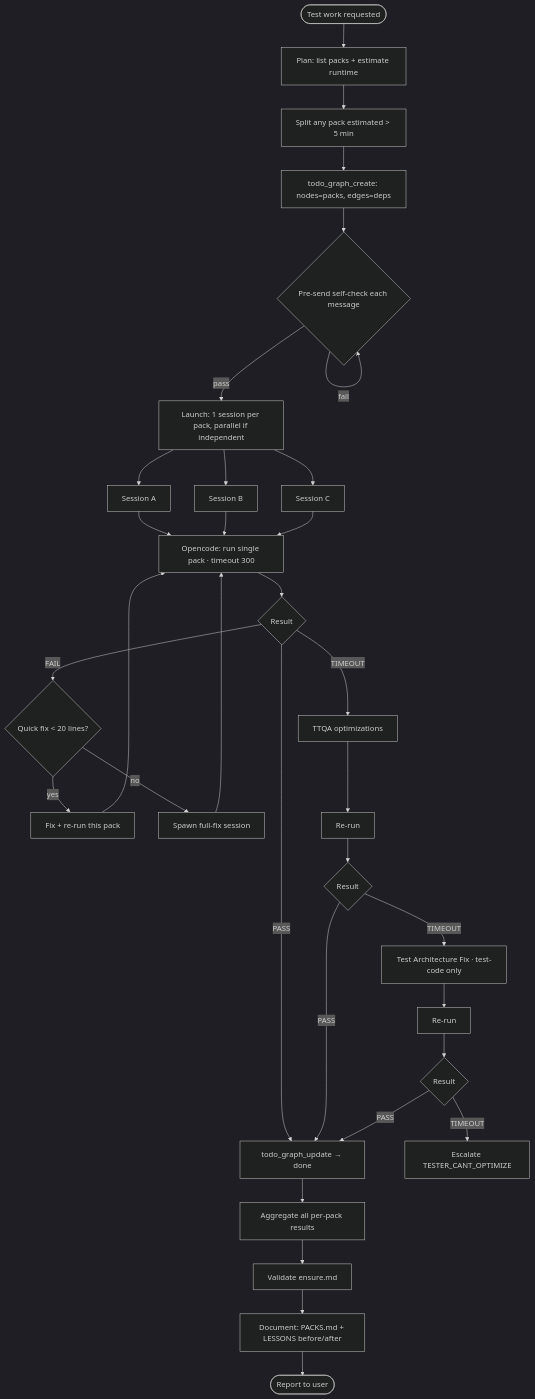
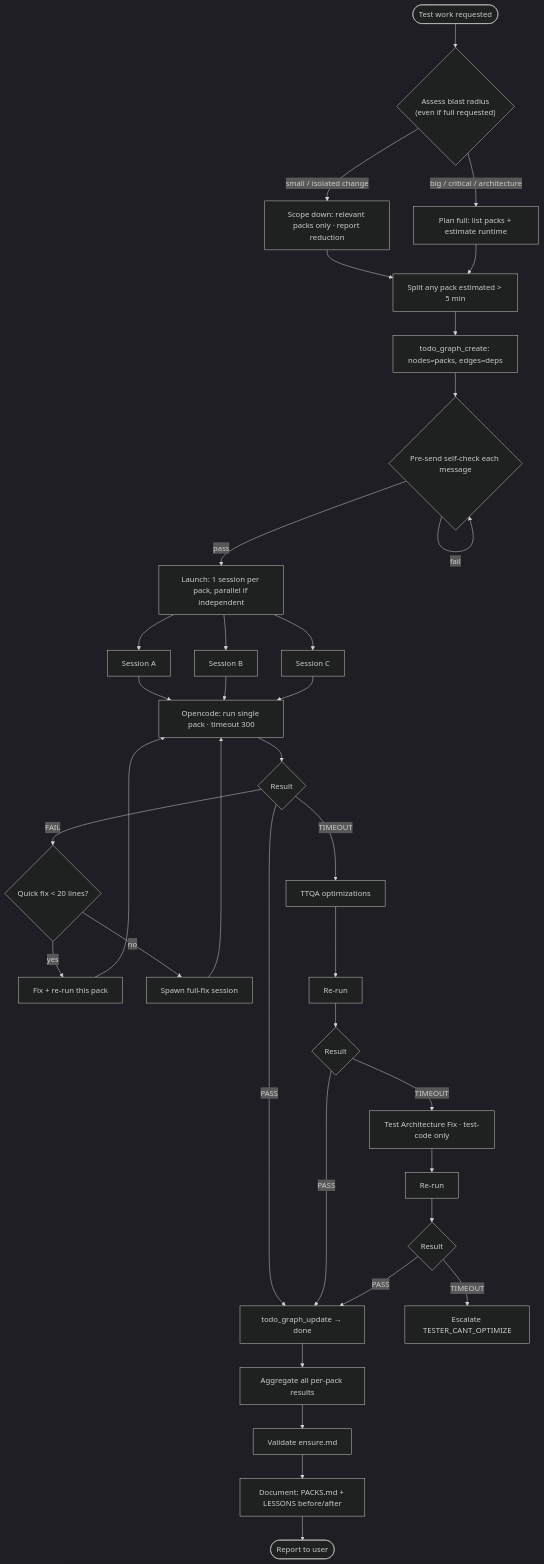
One commit to disillusioners/ensemble changed the diagram in agents/tester/workflow.md. Above: the diagram before and after it, drawn with Mermaid (dark theme). The commit also changed other lines of this file and 2 other files, not shown here.

First line of the commit message:
docs(tester): add blast-radius scope control and scope-decision report

````diff
--- a/agents/tester/workflow.md
+++ b/agents/tester/workflow.md
@@ -9,27 +9,31 @@
 ```mermaid
 flowchart TD
-    A([Test work requested]) --> B["Plan: list packs + estimate runtime"]
-    B --> C[Split any pack estimated &gt; 5 min]
+    A([Test work requested]) --> BR{"Assess blast radius<br/>(even if full requested)"}
+    BR -->|"small / isolated change"| SC["Scope down: relevant packs only · report reduction"]
+    BR -->|"big / critical / architecture"| B["Plan full: list packs + estimate runtime"]
+    SC --> C
+    B --> C
+    C[Split any pack estimated &gt; 5 min]
     C --> D["todo_graph_create: nodes=packs, edges=deps"]
     D --> E{Pre-send self-check each message}
     E -->|fail| E
     E -->|pass| F["Launch: 1 session per pack, parallel if independent"]
 
     F --> G1[Session A] & G2[Session B] & G3[Session C]
     G1 & G2 & G3 --> H["Opencode: run single pack · timeout 300"]
     H --> I{Result}
     I -->|PASS| J["todo_graph_update → done"]
     I -->|FAIL| K{Quick fix &lt; 20 lines?}
     K -->|yes| L[Fix + re-run this pack] --> H
     K -->|no| M[Spawn full-fix session] --> H
     I -->|TIMEOUT| N[TTQA optimizations] --> O[Re-run] --> I2{Result}
     I2 -->|PASS| J
     I2 -->|TIMEOUT| P["Test Architecture Fix · test-code only"] --> Q[Re-run] --> I3{Result}
     I3 -->|PASS| J
     I3 -->|TIMEOUT| R[Escalate TESTER_CANT_OPTIMIZE]
 
     J --> S[Aggregate all per-pack results]
     S --> T[Validate ensure.md]
     T --> U["Document: PACKS.md + LESSONS before/after"]
     U --> V([Report to user])
 ```
````
